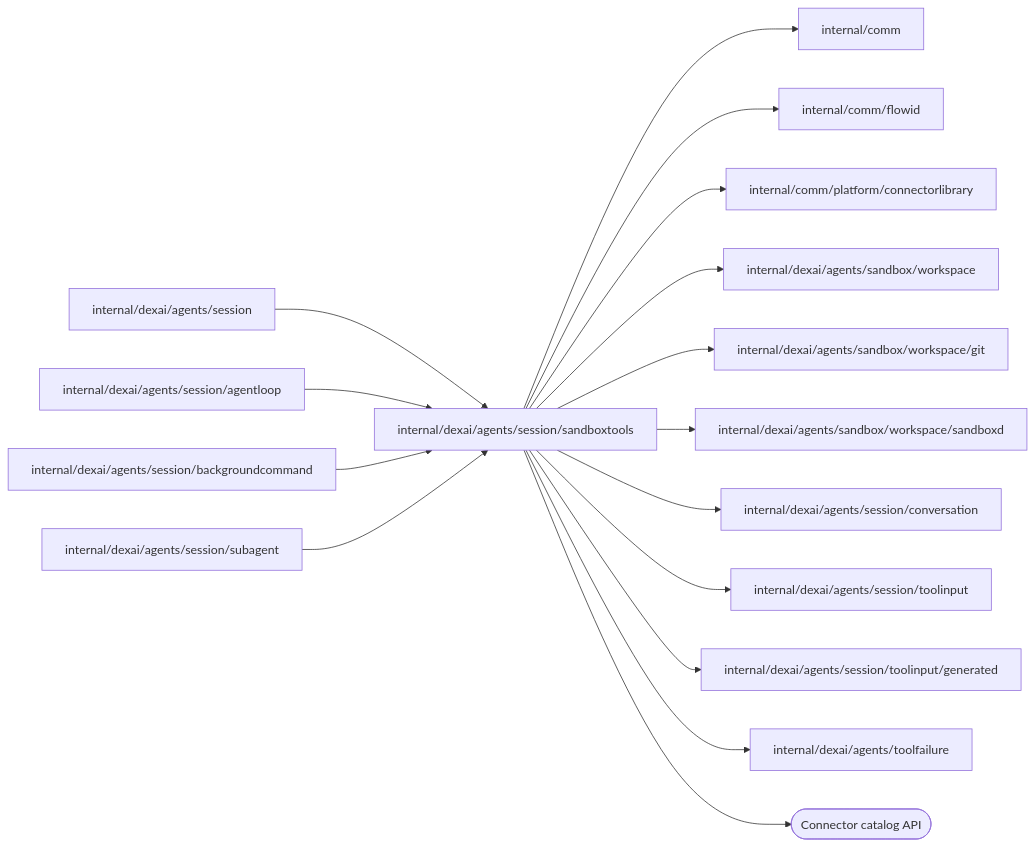
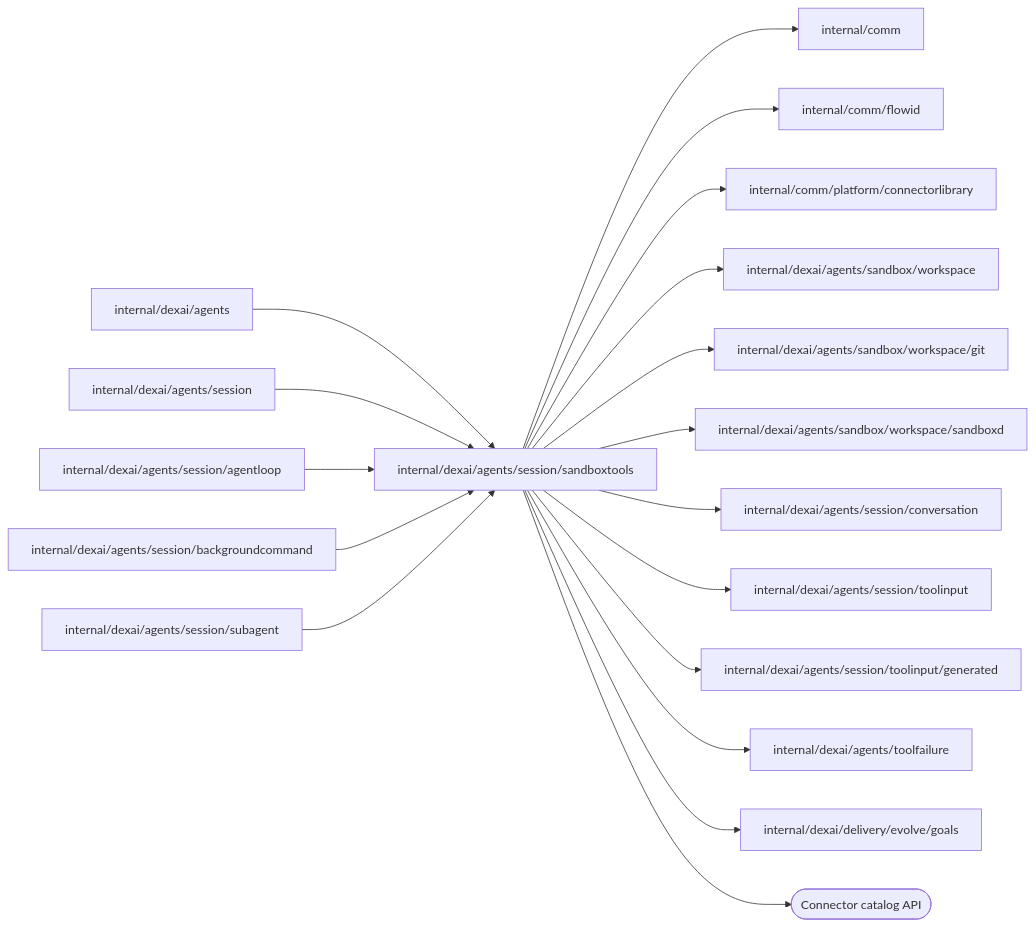
Before and after one commit to superdurable/superverse: the diagram in internal/dexai/agents/session/sandboxtools/README.md, drawn with Mermaid. The commit also changed other lines of this file and 226 other files, not shown here.

````diff
--- a/internal/dexai/agents/session/sandboxtools/README.md
+++ b/internal/dexai/agents/session/sandboxtools/README.md
@@ -10,19 +10,21 @@
 ```mermaid
 flowchart LR
   self["internal/dexai/agents/session/sandboxtools"]
-  c0["internal/dexai/agents/session"] --> self
-  c1["internal/dexai/agents/session/agentloop"] --> self
-  c2["internal/dexai/agents/session/backgroundcommand"] --> self
-  c3["internal/dexai/agents/session/subagent"] --> self
+  c0["internal/dexai/agents"] --> self
+  c1["internal/dexai/agents/session"] --> self
+  c2["internal/dexai/agents/session/agentloop"] --> self
+  c3["internal/dexai/agents/session/backgroundcommand"] --> self
+  c4["internal/dexai/agents/session/subagent"] --> self
   self --> d0["internal/comm"]
   self --> d1["internal/comm/flowid"]
   self --> d2["internal/comm/platform/connectorlibrary"]
   self --> d3["internal/dexai/agents/sandbox/workspace"]
   self --> d4["internal/dexai/agents/sandbox/workspace/git"]
   self --> d5["internal/dexai/agents/sandbox/workspace/sandboxd"]
   self --> d6["internal/dexai/agents/session/conversation"]
   self --> d7["internal/dexai/agents/session/toolinput"]
   self --> d8["internal/dexai/agents/session/toolinput/generated"]
   self --> d9["internal/dexai/agents/toolfailure"]
+  self --> d10["internal/dexai/delivery/evolve/goals"]
   self --> e0(["Connector catalog API"])
 ```
````
